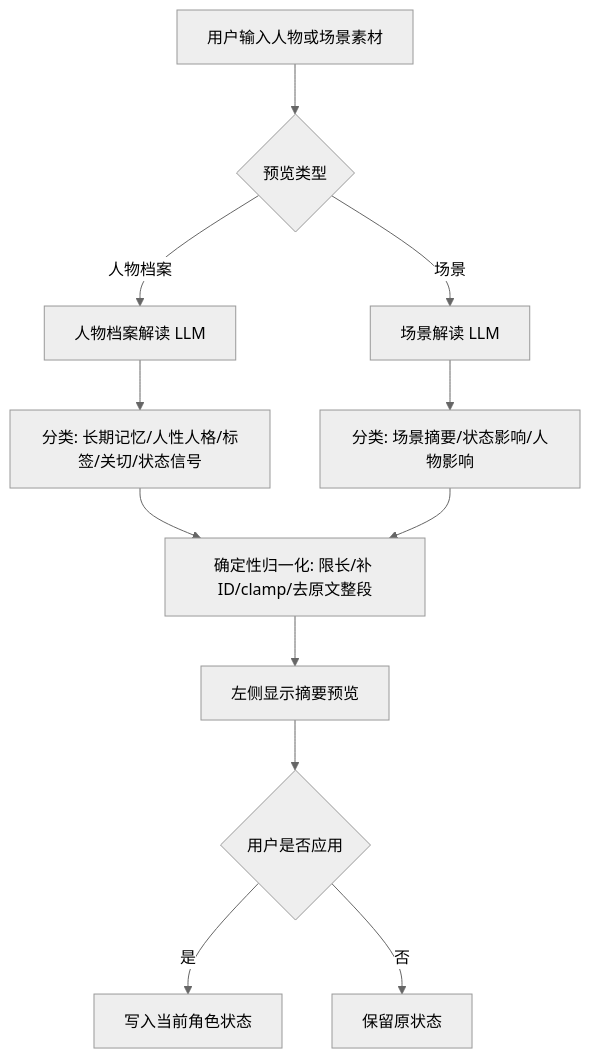
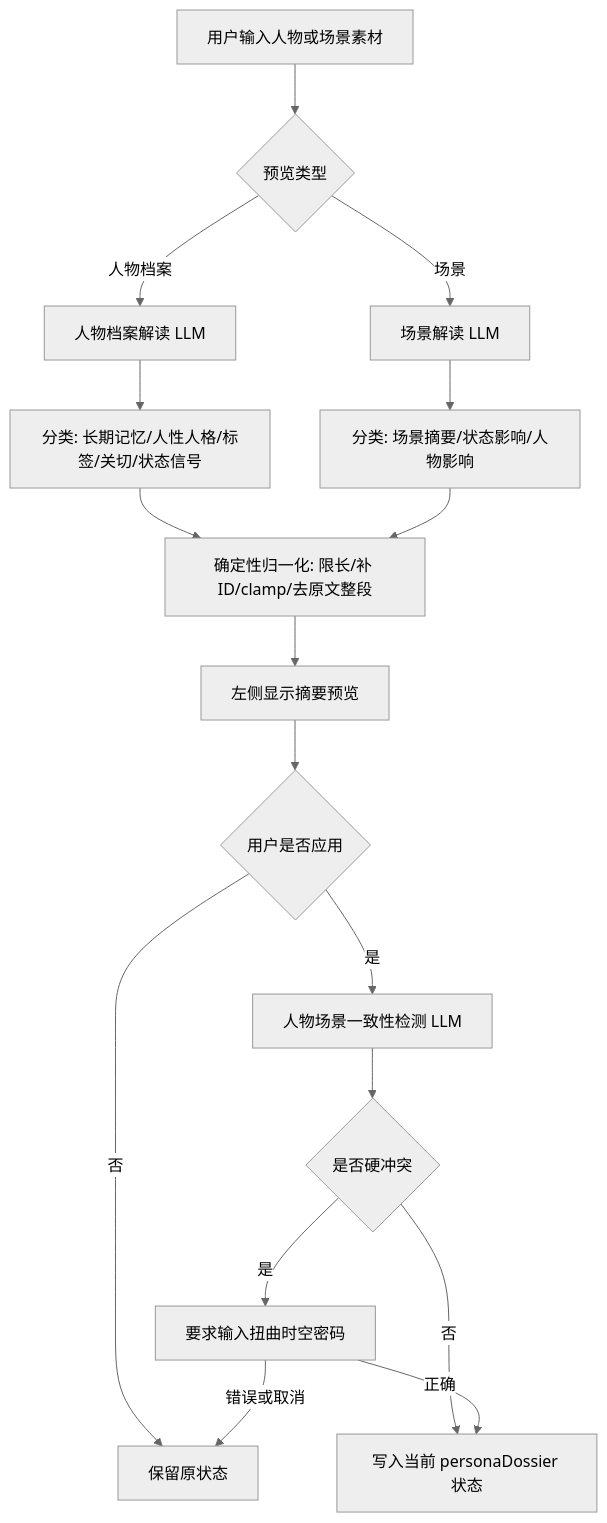
One commit to ttmanthatman/virtual-human-flow changed the fifth of 8 diagrams in docs/SYSTEM_FLOW.md. Above: the diagram before and after it, drawn with Mermaid (neutral theme). The commit also changed other lines of this file and 6 other files, not shown here.

````diff
--- a/docs/SYSTEM_FLOW.md
+++ b/docs/SYSTEM_FLOW.md
@@ -101,14 +103,19 @@
 ```mermaid
 flowchart TD
     A[用户输入人物或场景素材] --> B{预览类型}
     B -- 人物档案 --> D[人物档案解读 LLM]
     B -- 场景 --> E[场景解读 LLM]
     D --> D1[分类: 长期记忆/人性人格/标签/关切/状态信号]
     E --> E1[分类: 场景摘要/状态影响/人物影响]
     D1 --> F[确定性归一化: 限长/补 ID/clamp/去原文整段]
     E1 --> F
     F --> G[左侧显示摘要预览]
     G --> H{用户是否应用}
-    H -- 是 --> I[写入当前角色状态]
     H -- 否 --> J[保留原状态]
+    H -- 是 --> K[人物场景一致性检测 LLM]
+    K --> L{是否硬冲突}
+    L -- 否 --> I[写入当前 personaDossier 状态]
+    L -- 是 --> M[要求输入扭曲时空密码]
+    M -- 正确 --> I
+    M -- 错误或取消 --> J
 ```
````
